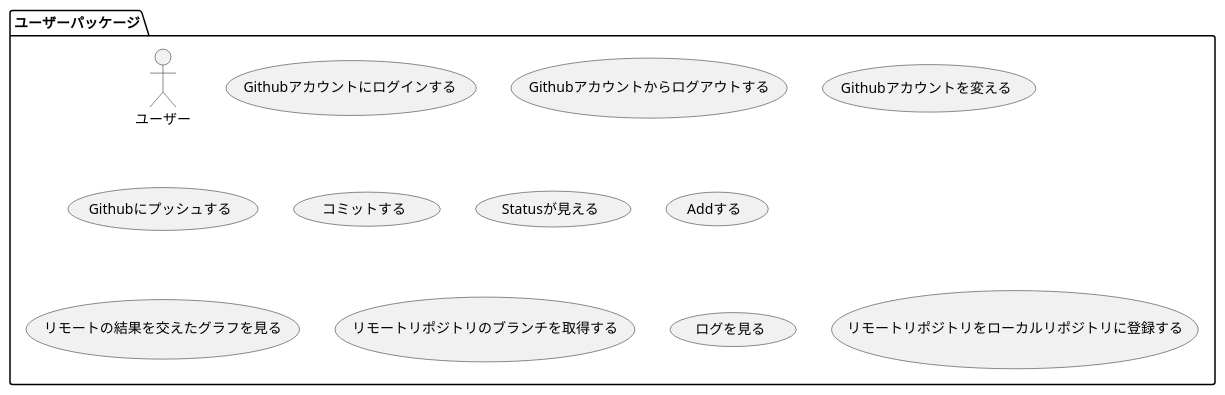
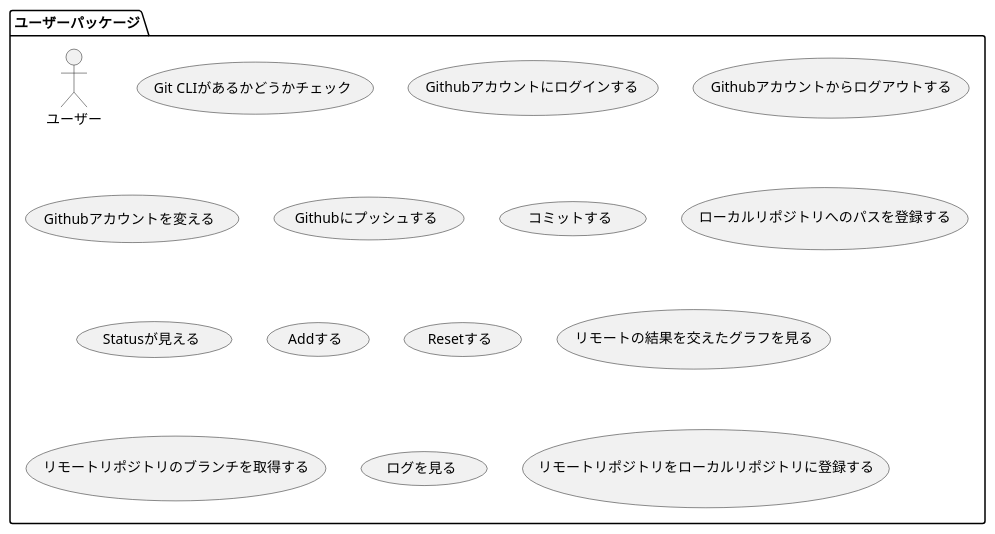
Before and after one commit to k42un0k0/k42un0k0gitclient: the diagram in doc/usecase-package.pu, drawn with PlantUML. The commit also changed 1 other file, not shown here.

```diff
--- a/doc/usecase-package.pu
+++ b/doc/usecase-package.pu
@@ -1,18 +1,21 @@
 @startuml ユースケースパッケージ
 
 package ユーザーパッケージ {
 :ユーザー:
+(Git CLIがあるかどうかチェック)
 (Githubアカウントにログインする)
 (Githubアカウントからログアウトする)
 (Githubアカウントを変える)
 (Githubにプッシュする)
 (コミットする)
+(ローカルリポジトリへのパスを登録する)
 (Statusが見える)
 (Addする)
+(Resetする)
 (リモートの結果を交えたグラフを見る)
 (リモートリポジトリのブランチを取得する)
 (ログを見る)
 (リモートリポジトリをローカルリポジトリに登録する)
 }
 
 @enduml
```
